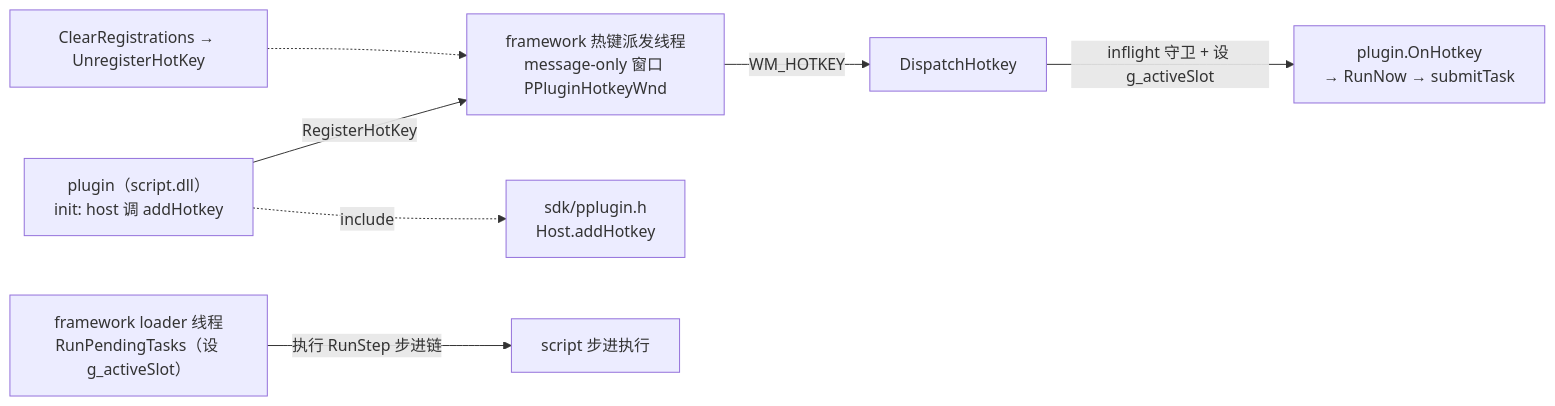
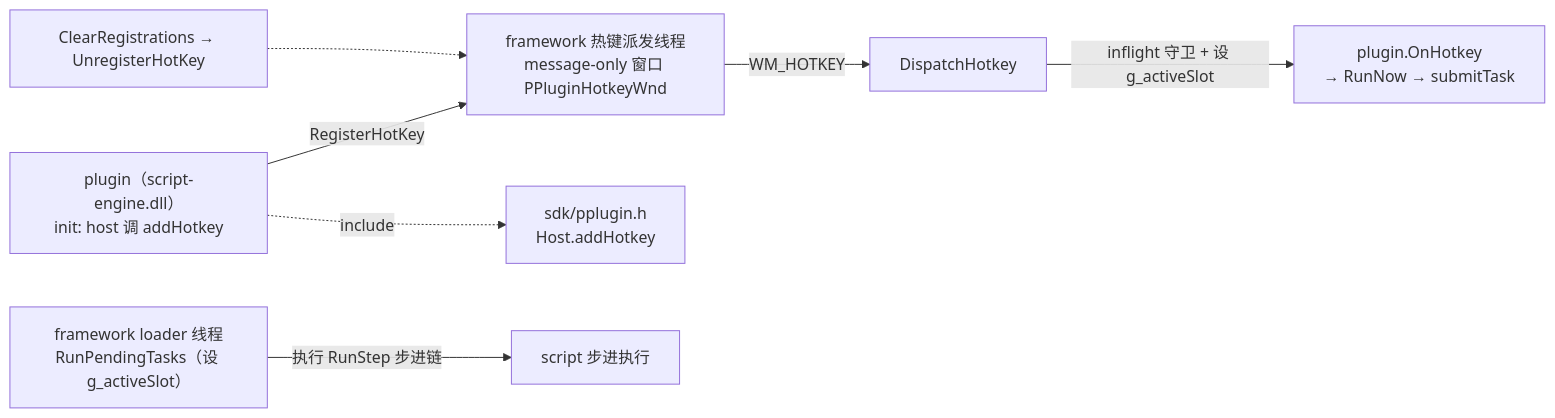
Before and after one commit to Qr1mln/PlusPlugin: the second of 2 diagrams in docs/架构图2.md, drawn with Mermaid. The commit also changed other lines of this file and 21 other files, not shown here.

First line of the commit message:
chore(plugin): script 插件重命名为 script-engine，同步构建脚本与文档

````diff
--- a/docs/架构图2.md
+++ b/docs/架构图2.md
@@ -85,9 +85,9 @@
 ```mermaid
 graph LR
-    PLUGIN["plugin（script.dll）<br/>init: host 调 addHotkey"] -->|RegisterHotKey| HK["framework 热键派发线程<br/>message-only 窗口 PPluginHotkeyWnd"]
+    PLUGIN["plugin（script-engine.dll）<br/>init: host 调 addHotkey"] -->|RegisterHotKey| HK["framework 热键派发线程<br/>message-only 窗口 PPluginHotkeyWnd"]
     HK -->|WM_HOTKEY| DISP["DispatchHotkey"]
     DISP -->|inflight 守卫 + 设 g_activeSlot| CB["plugin.OnHotkey<br/>→ RunNow → submitTask"]
     LOADER["framework loader 线程<br/>RunPendingTasks（设 g_activeSlot）"] -->|执行 RunStep 步进链| RUN["script 步进执行"]
     UNLOAD["ClearRegistrations → UnregisterHotKey"] -.-> HK
     PLUGIN -.->|include| ABI["sdk/pplugin.h<br/>Host.addHotkey"]
 ```
````
